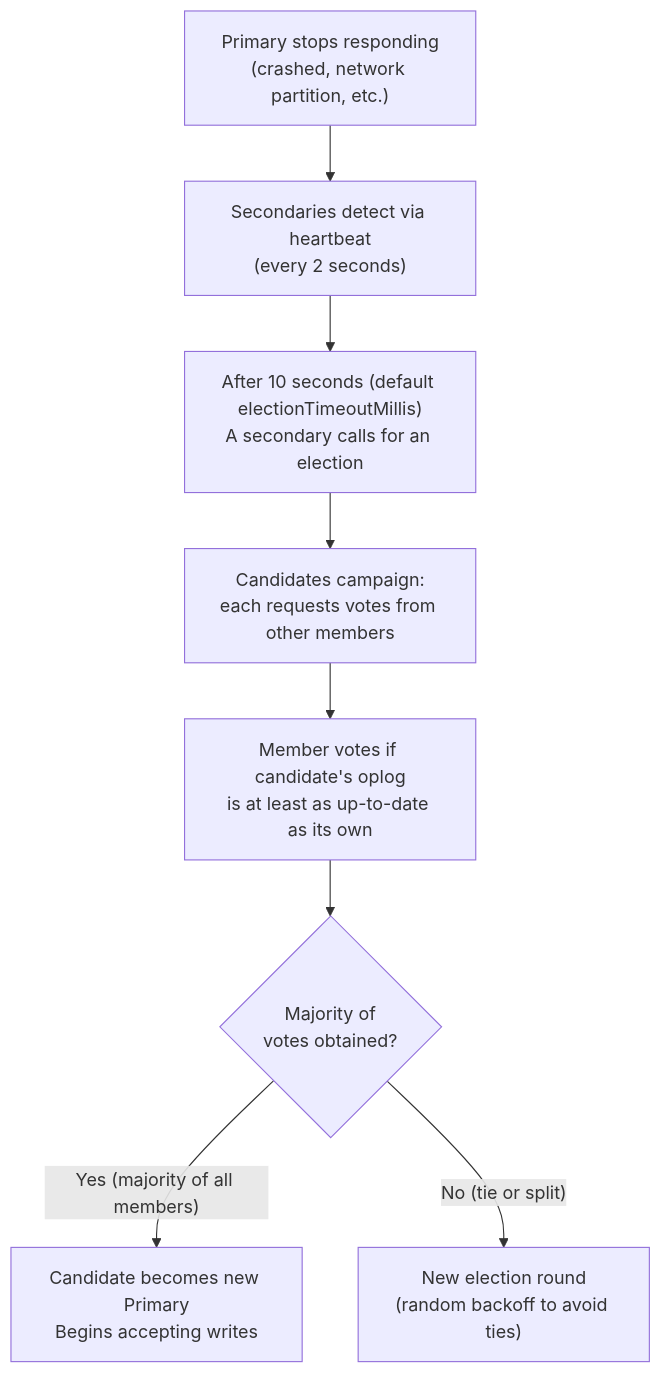
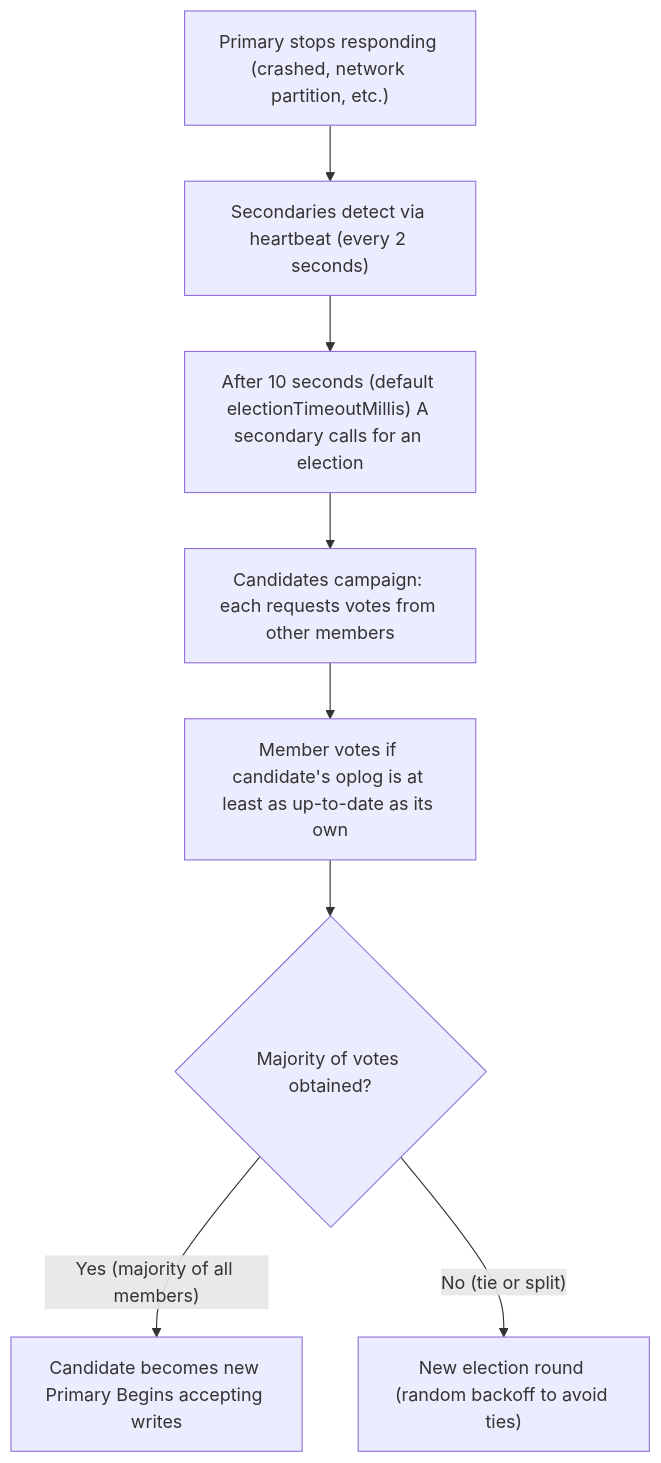
The second of 5 diagrams in materials/nosql/04-mongodb-replication/01-replica-set-architecture.md (afekash/project_shopflow-afek), drawn with Mermaid before and after one commit. The commit also changed other lines of this file and 5 other files, not shown here.

````diff
--- a/materials/nosql/04-mongodb-replication/01-replica-set-architecture.md
+++ b/materials/nosql/04-mongodb-replication/01-replica-set-architecture.md
@@ -90,10 +93,10 @@
 ```mermaid
 graph TD
-    A["Primary stops responding\n(crashed, network partition, etc.)"] --> B["Secondaries detect via heartbeat\n(every 2 seconds)"]
-    B --> C["After 10 seconds (default electionTimeoutMillis)\nA secondary calls for an election"]
-    C --> D["Candidates campaign:\neach requests votes from other members"]
-    D --> E["Member votes if candidate's oplog\nis at least as up-to-date as its own"]
-    E --> F{"Majority of\nvotes obtained?"}
-    F -->|"Yes (majority of all members)"| G["Candidate becomes new Primary\nBegins accepting writes"]
-    F -->|"No (tie or split)"| H["New election round\n(random backoff to avoid ties)"]
+    A["Primary stops responding (crashed, network partition, etc.)"] --> B["Secondaries detect via heartbeat (every 2 seconds)"]
+    B --> C["After 10 seconds (default electionTimeoutMillis) A secondary calls for an election"]
+    C --> D["Candidates campaign: each requests votes from other members"]
+    D --> E["Member votes if candidate's oplog is at least as up-to-date as its own"]
+    E --> F{"Majority of votes obtained?"}
+    F -->|"Yes (majority of all members)"| G["Candidate becomes new Primary Begins accepting writes"]
+    F -->|"No (tie or split)"| H["New election round (random backoff to avoid ties)"]
 ```
````
